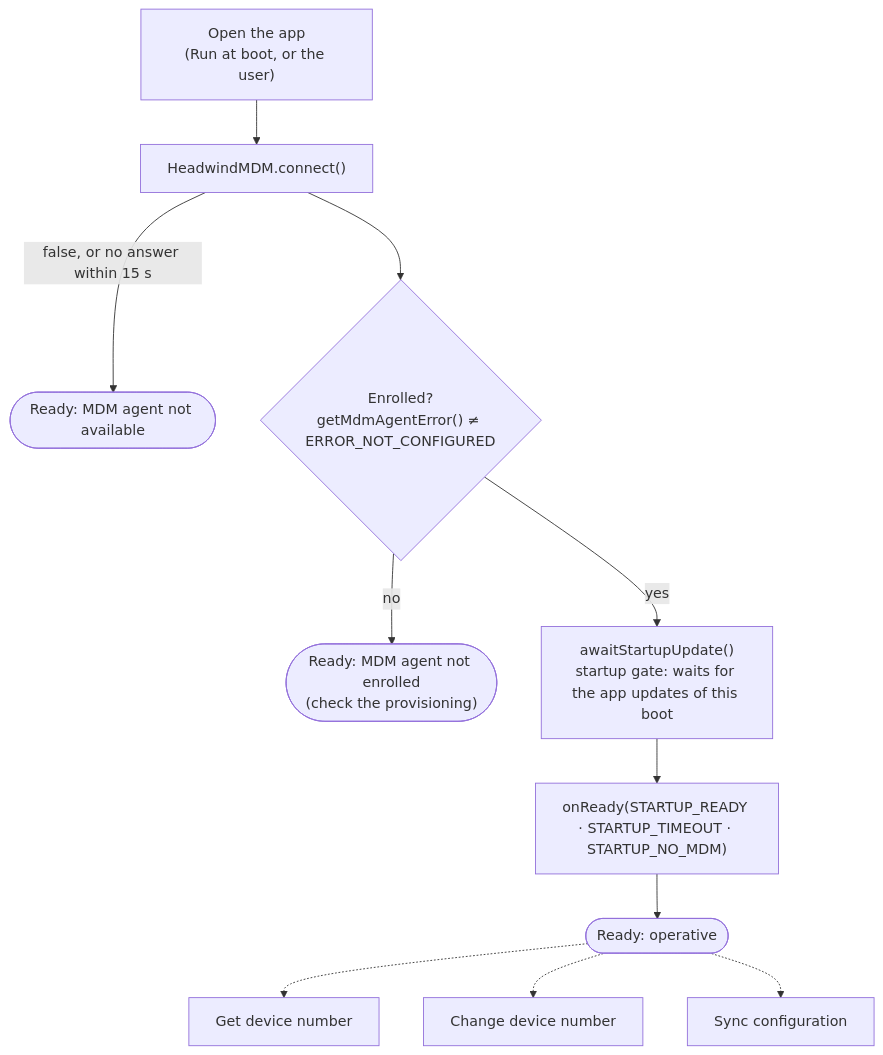
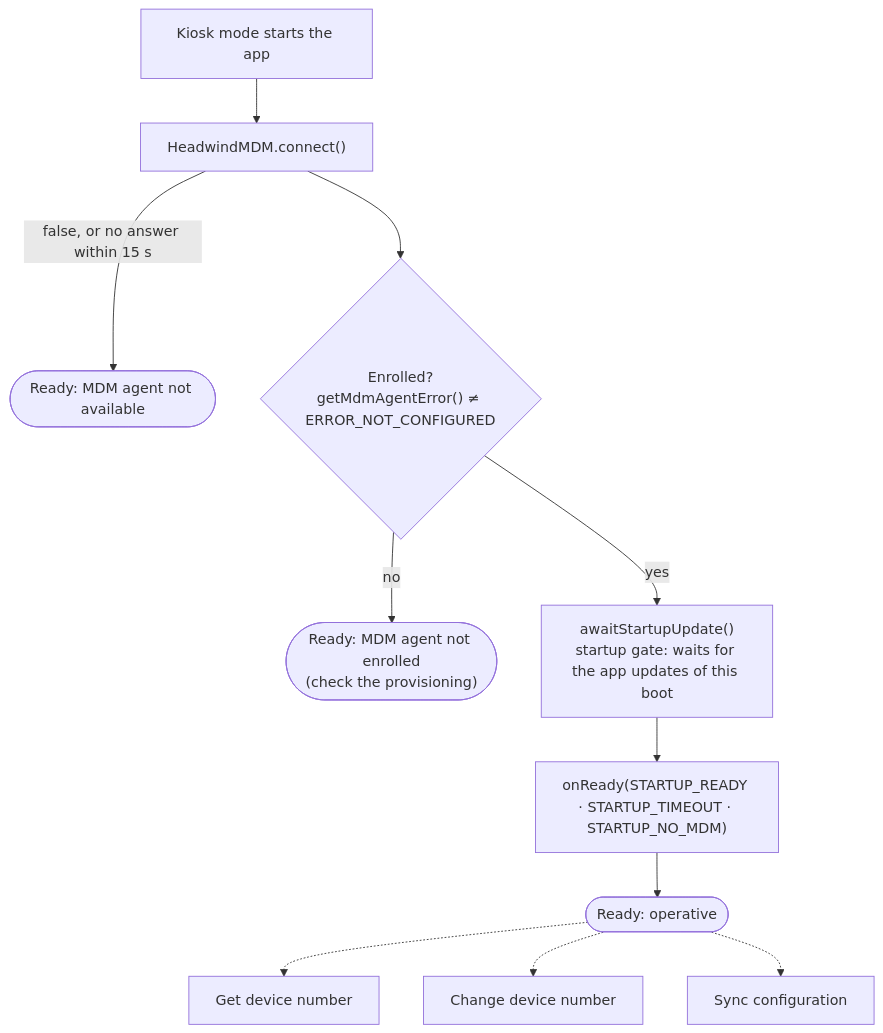
Before and after one commit to rch-fw/HmdmChangeDeviceNumber: the diagram in docs/sunmi-sample-app.md, drawn with Mermaid. The commit also changed other lines of this file, not shown here.

Commit message:
Docs: Sunmi sample app, always started as the kiosk app (no Run at boot case)

````diff
--- a/docs/sunmi-sample-app.md
+++ b/docs/sunmi-sample-app.md
@@ -28,13 +28,13 @@
 ```mermaid
 flowchart TD
-    A["Open the app<br/>(Run at boot, or the user)"] --> B["HeadwindMDM.connect()"]
+    A["Kiosk mode starts the app"] --> B["HeadwindMDM.connect()"]
     B -- "false, or no answer within 15 s" --> X(["Ready: MDM agent not available"])
     B --> C{"Enrolled?<br/>getMdmAgentError() ≠ ERROR_NOT_CONFIGURED"}
     C -- no --> N(["Ready: MDM agent not enrolled<br/>(check the provisioning)"])
     C -- yes --> G["awaitStartupUpdate()<br/>startup gate: waits for the app updates of this boot"]
     G --> R["onReady(STARTUP_READY · STARTUP_TIMEOUT · STARTUP_NO_MDM)"]
     R --> H(["Ready: operative"])
     H -.-> P1["Get device number"]
     H -.-> P2["Change device number"]
     H -.-> P3["Sync configuration"]
 ```
````
